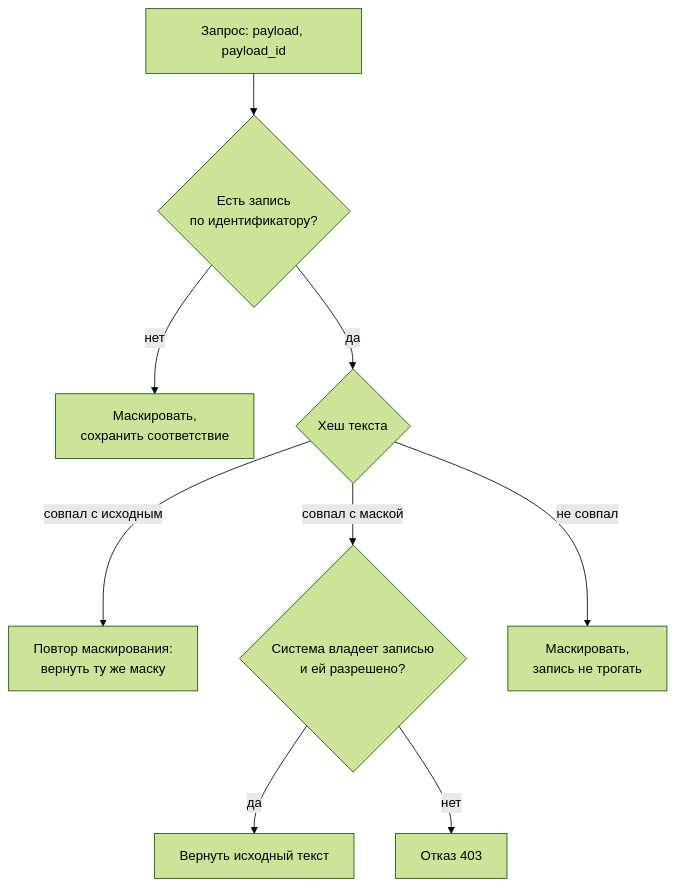
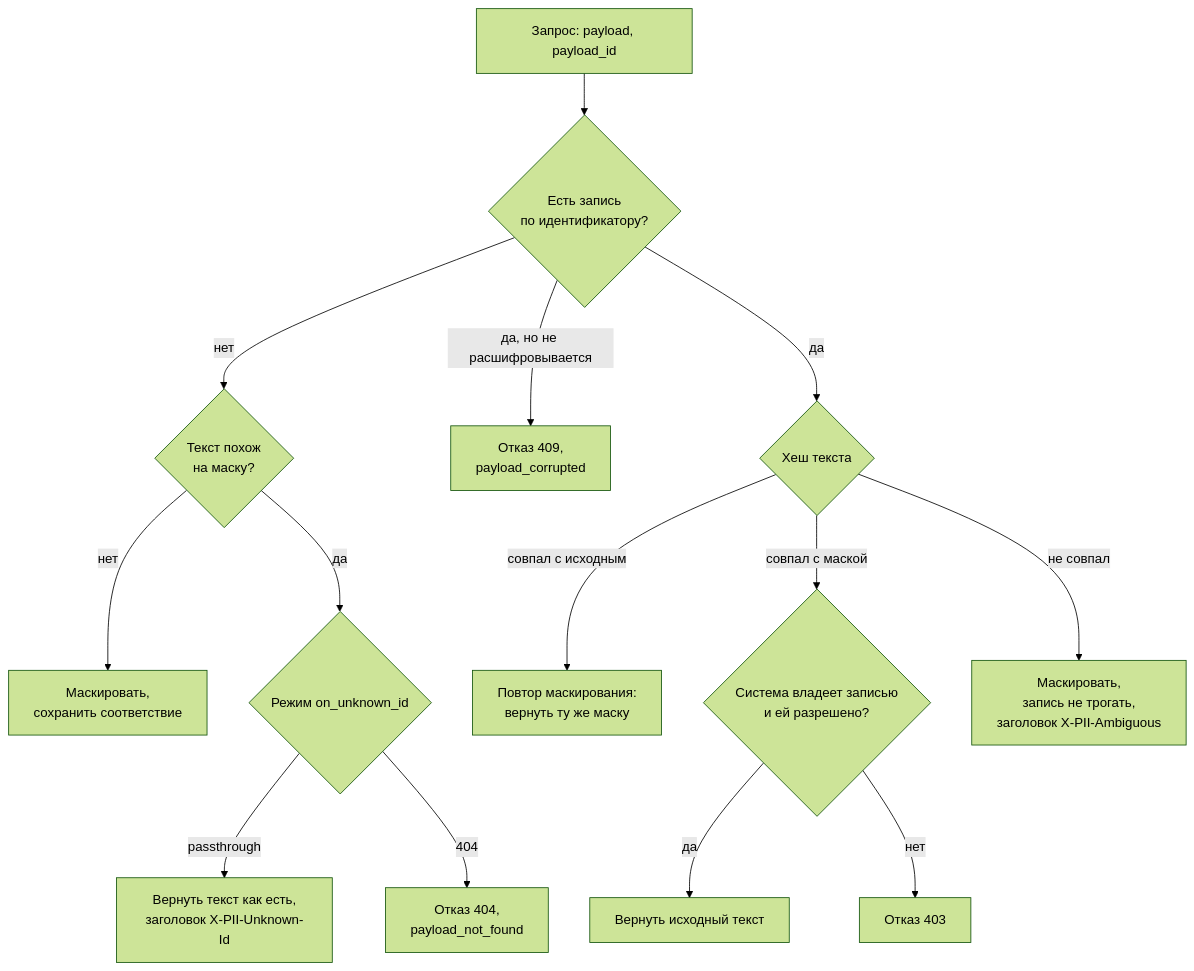
One commit to timur-nagimov/pii-guard changed the third of 3 diagrams in docs/ARCHITECTURE.md. Above: the diagram before and after it, drawn with Mermaid (forest theme). The commit also changed other lines of this file and 12 other files, not shown here.

````diff
--- a/docs/ARCHITECTURE.md
+++ b/docs/ARCHITECTURE.md
@@ -241,11 +241,16 @@
 ```mermaid
 flowchart TD
     A[Запрос: payload, payload_id] --> B{Есть запись<br/>по идентификатору?}
-    B -->|нет| C[Маскировать,<br/>сохранить соответствие]
-    B -->|да| D{Хеш текста}
-    D -->|совпал с исходным| E[Повтор маскирования:<br/>вернуть ту же маску]
-    D -->|совпал с маской| F{Система владеет записью<br/>и ей разрешено?}
-    D -->|не совпал| G[Маскировать,<br/>запись не трогать]
-    F -->|да| H[Вернуть исходный текст]
-    F -->|нет| I[Отказ 403]
+    B -->|нет| C{Текст похож<br/>на маску?}
+    C -->|нет| D[Маскировать,<br/>сохранить соответствие]
+    C -->|да| E{Режим on_unknown_id}
+    E -->|passthrough| F[Вернуть текст как есть,<br/>заголовок X-PII-Unknown-Id]
+    E -->|404| G[Отказ 404,<br/>payload_not_found]
+    B -->|да, но не расшифровывается| H[Отказ 409,<br/>payload_corrupted]
+    B -->|да| I{Хеш текста}
+    I -->|совпал с исходным| J[Повтор маскирования:<br/>вернуть ту же маску]
+    I -->|совпал с маской| K{Система владеет записью<br/>и ей разрешено?}
+    I -->|не совпал| L[Маскировать,<br/>запись не трогать,<br/>заголовок X-PII-Ambiguous]
+    K -->|да| M[Вернуть исходный текст]
+    K -->|нет| N[Отказ 403]
 ```
````
